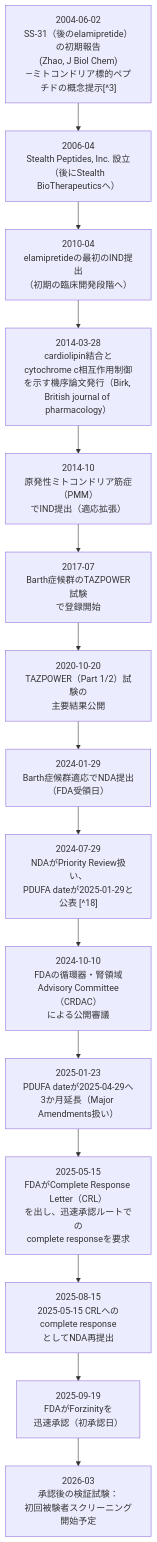
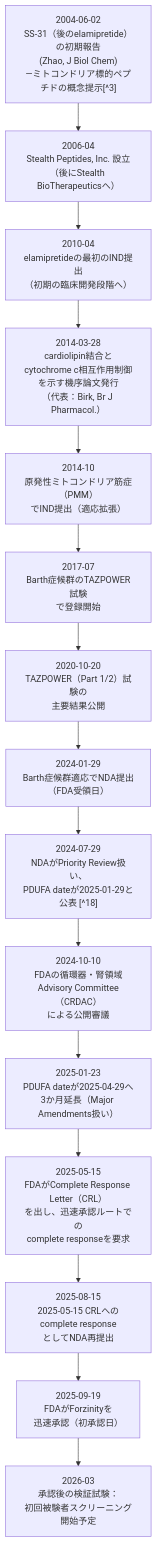
One commit to NagiMukae/organelle-therapeutics-tracker changed the diagram in _posts/2025-10-17-forzinity-approval.md. Above: the diagram before and after it, drawn with Mermaid.

````diff
--- a/_posts/2025-10-17-forzinity-approval.md
+++ b/_posts/2025-10-17-forzinity-approval.md
@@ -154,19 +154,19 @@
 ```mermaid
 flowchart TB
 
 A["<div class='tl-card'><div class='tl-date'>2004-06-02</div><div class='tl-sep'></div><div class='tl-body'>SS-31（後のelamipretide）の初期報告<br/>(Zhao, J Biol Chem)<br/>—ミトコンドリア標的ペプチドの概念提示[^3]</div></div>"]
   --> B["<div class='tl-card'><div class='tl-date'>2006-04</div><div class='tl-sep'></div><div class='tl-body'>Stealth Peptides, Inc. 設立<br/>（後にStealth BioTherapeuticsへ）</div></div>"]
   --> C["<div class='tl-card'><div class='tl-date'>2010-04</div><div class='tl-sep'></div><div class='tl-body'>elamipretideの最初のIND提出<br/>（初期の臨床開発段階へ）</div></div>"]
-  --> D["<div class='tl-card'><div class='tl-date'>2014-03-28</div><div class='tl-sep'></div><div class='tl-body'>cardiolipin結合とcytochrome c相互作用制御<br/>を示す機序論文発行（Birk, British journal of pharmacology）</div></div>"]
+  --> D["<div class='tl-card'><div class='tl-date'>2014-03-28</div><div class='tl-sep'></div><div class='tl-body'>cardiolipin結合とcytochrome c相互作用制御<br/>を示す機序論文発行<br/>（代表：Birk, Br J Pharmacol.）</div></div>"]
   --> E["<div class='tl-card'><div class='tl-date'>2014-10</div><div class='tl-sep'></div><div class='tl-body'>原発性ミトコンドリア筋症（PMM）<br/>でIND提出（適応拡張）</div></div>"]
   --> F["<div class='tl-card'><div class='tl-date'>2017-07</div><div class='tl-sep'></div><div class='tl-body'>Barth症候群のTAZPOWER試験<br/>で登録開始</div></div>"]
   --> G["<div class='tl-card'><div class='tl-date'>2020-10-20</div><div class='tl-sep'></div><div class='tl-body'>TAZPOWER（Part 1/2）試験の<br/>主要結果公開</div></div>"]
   --> H["<div class='tl-card'><div class='tl-date'>2024-01-29</div><div class='tl-sep'></div><div class='tl-body'>Barth症候群適応でNDA提出<br/>（FDA受領日）</div></div>"]
   --> I["<div class='tl-card'><div class='tl-date'>2024-07-29</div><div class='tl-sep'></div><div class='tl-body'>NDAがPriority Review扱い、<br/>PDUFA dateが2025-01-29と公表 [^18]</div></div>"]
   --> J["<div class='tl-card'><div class='tl-date'>2024-10-10</div><div class='tl-sep'></div><div class='tl-body'>FDAの循環器・腎領域<br/>Advisory Committee（CRDAC）<br/>による公開審議</div></div>"]
   --> K["<div class='tl-card'><div class='tl-date'>2025-01-23</div><div class='tl-sep'></div><div class='tl-body'>PDUFA dateが2025-04-29へ<br/>3か月延長（Major Amendments扱い）</div></div>"]
   --> L["<div class='tl-card'><div class='tl-date'>2025-05-15</div><div class='tl-sep'></div><div class='tl-body'>FDAがComplete Response Letter（CRL）<br/>を出し、迅速承認ルートでの<br/>complete responseを要求</div></div>"]
   --> M["<div class='tl-card'><div class='tl-date'>2025-08-15</div><div class='tl-sep'></div><div class='tl-body'>2025-05-15 CRLへのcomplete response<br/>としてNDA再提出</div></div>"]
   --> N["<div class='tl-card'><div class='tl-date'>2025-09-19</div><div class='tl-sep'></div><div class='tl-body'>FDAがForzinityを<br/>迅速承認（初承認日）</div></div>"]
   --> O["<div class='tl-card'><div class='tl-date'>2026-03</div><div class='tl-sep'></div><div class='tl-body'>承認後の検証試験：<br/>初回被験者スクリーニング開始予定</div></div>"]
 ```
````
